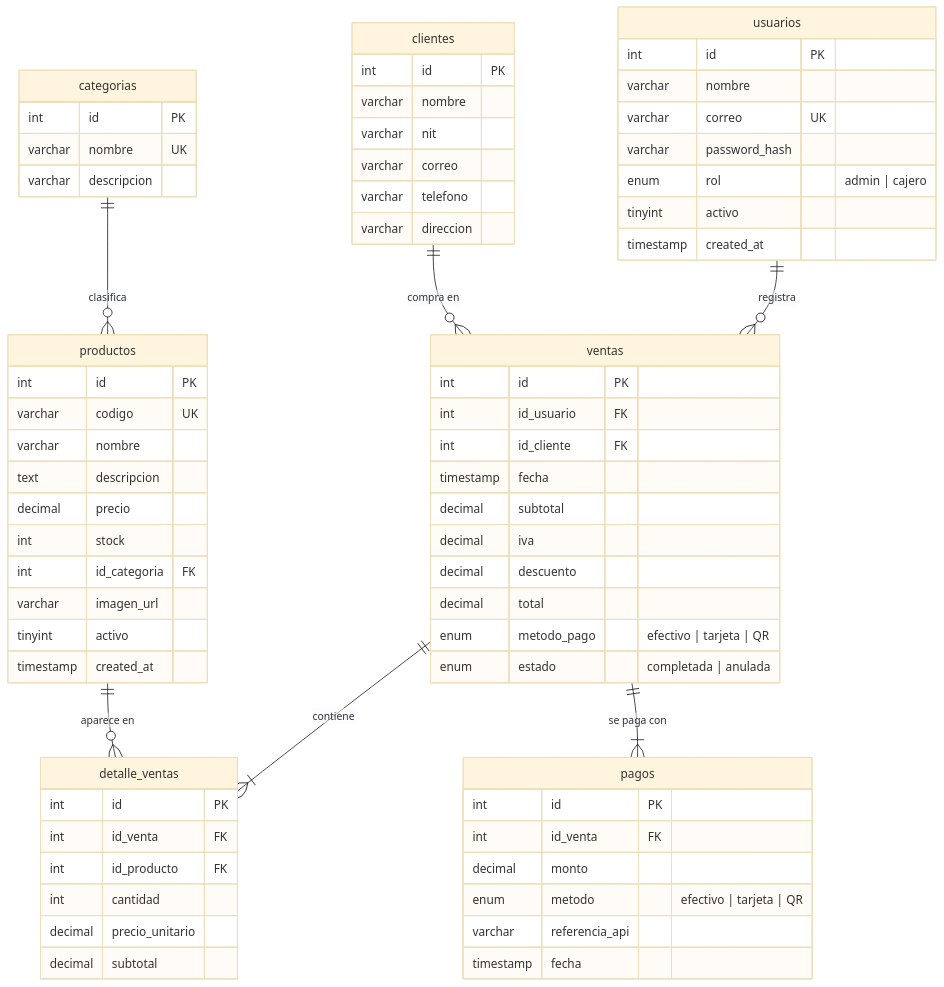
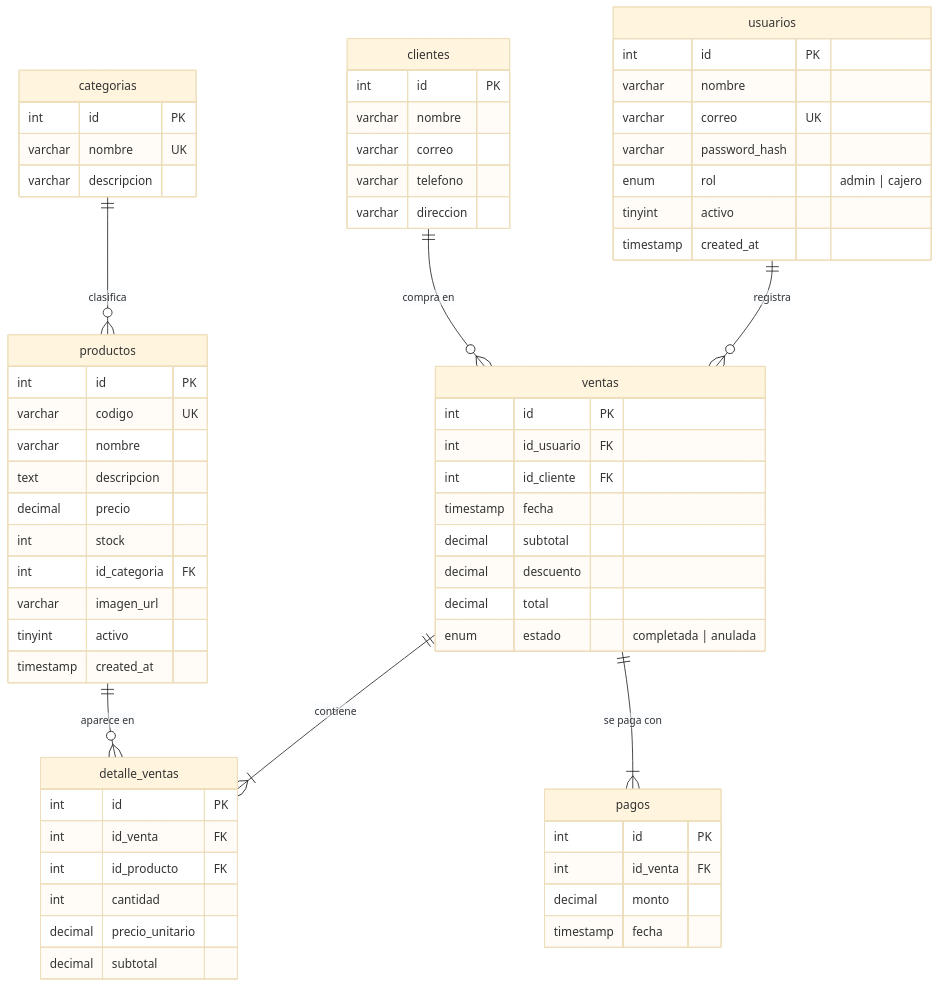
Before and after one commit to david69-js/tarea-seguridad-auditoria: the diagram in docs/DIAGRAMA_ER.md, drawn with Mermaid (base theme). The commit also changed other lines of this file and 41 other files, not shown here.

First line of the commit message:
Refactor POS and sales flow: remove invoice generation, update client handling, and adjust reports

````diff
--- a/docs/DIAGRAMA_ER.md
+++ b/docs/DIAGRAMA_ER.md
@@ -9,72 +9,67 @@
 ```mermaid
 erDiagram
     usuarios ||--o{ ventas : registra
     clientes ||--o{ ventas : "compra en"
     ventas ||--|{ detalle_ventas : contiene
     ventas ||--|{ pagos : "se paga con"
     productos ||--o{ detalle_ventas : "aparece en"
     categorias ||--o{ productos : clasifica
 
     usuarios {
         int id PK
         varchar nombre
         varchar correo UK
         varchar password_hash
         enum rol "admin | cajero"
         tinyint activo
         timestamp created_at
     }
     categorias {
         int id PK
         varchar nombre UK
         varchar descripcion
     }
     productos {
         int id PK
         varchar codigo UK
         varchar nombre
         text descripcion
         decimal precio
         int stock
         int id_categoria FK
         varchar imagen_url
         tinyint activo
         timestamp created_at
     }
     clientes {
         int id PK
         varchar nombre
-        varchar nit
         varchar correo
         varchar telefono
         varchar direccion
     }
     ventas {
         int id PK
         int id_usuario FK
         int id_cliente FK
         timestamp fecha
         decimal subtotal
-        decimal iva
         decimal descuento
         decimal total
-        enum metodo_pago "efectivo | tarjeta | QR"
         enum estado "completada | anulada"
     }
     detalle_ventas {
         int id PK
         int id_venta FK
         int id_producto FK
         int cantidad
         decimal precio_unitario
         decimal subtotal
     }
     pagos {
         int id PK
         int id_venta FK
         decimal monto
-        enum metodo "efectivo | tarjeta | QR"
-        varchar referencia_api
         timestamp fecha
     }
 ```
````
